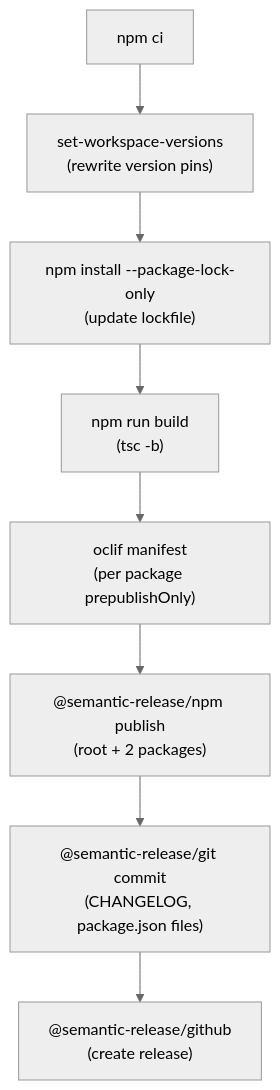
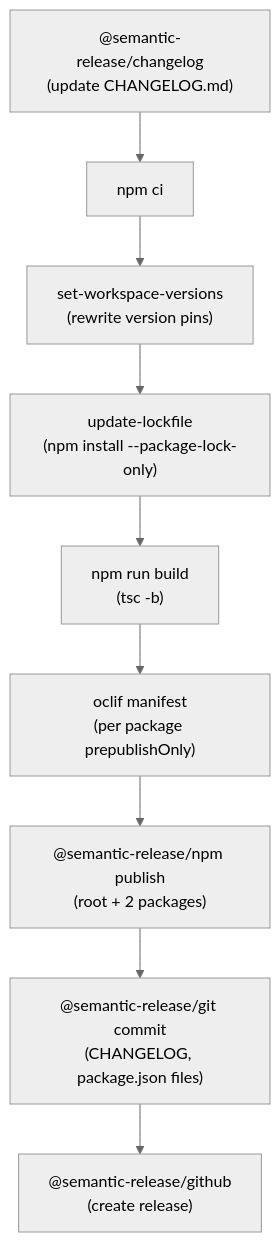
One commit to mikaelkaron/skills changed the second of 3 diagrams in docs/ARCHITECTURE.md. Above: the diagram before and after it, drawn with Mermaid (neutral theme). The commit also changed other lines of this file and 4 other files, not shown here.

````diff
--- a/docs/ARCHITECTURE.md
+++ b/docs/ARCHITECTURE.md
@@ -118,10 +122,11 @@
 ```mermaid
 graph TD
-  A["npm ci"] --> B["set-workspace-versions\n(rewrite version pins)"]
-  B --> C["npm install --package-lock-only\n(update lockfile)"]
-  C --> D["npm run build\n(tsc -b)"]
-  D --> E["oclif manifest\n(per package prepublishOnly)"]
-  E --> F["@semantic-release/npm publish\n(root + 2 packages)"]
-  F --> G["@semantic-release/git commit\n(CHANGELOG, package.json files)"]
-  G --> H["@semantic-release/github\n(create release)"]
+  A["@semantic-release/changelog\n(update CHANGELOG.md)"] --> B["npm ci"]
+  B --> C["set-workspace-versions\n(rewrite version pins)"]
+  C --> D["update-lockfile\n(npm install --package-lock-only)"]
+  D --> E["npm run build\n(tsc -b)"]
+  E --> F["oclif manifest\n(per package prepublishOnly)"]
+  F --> G["@semantic-release/npm publish\n(root + 2 packages)"]
+  G --> H["@semantic-release/git commit\n(CHANGELOG, package.json files)"]
+  H --> I["@semantic-release/github\n(create release)"]
 ```
````
